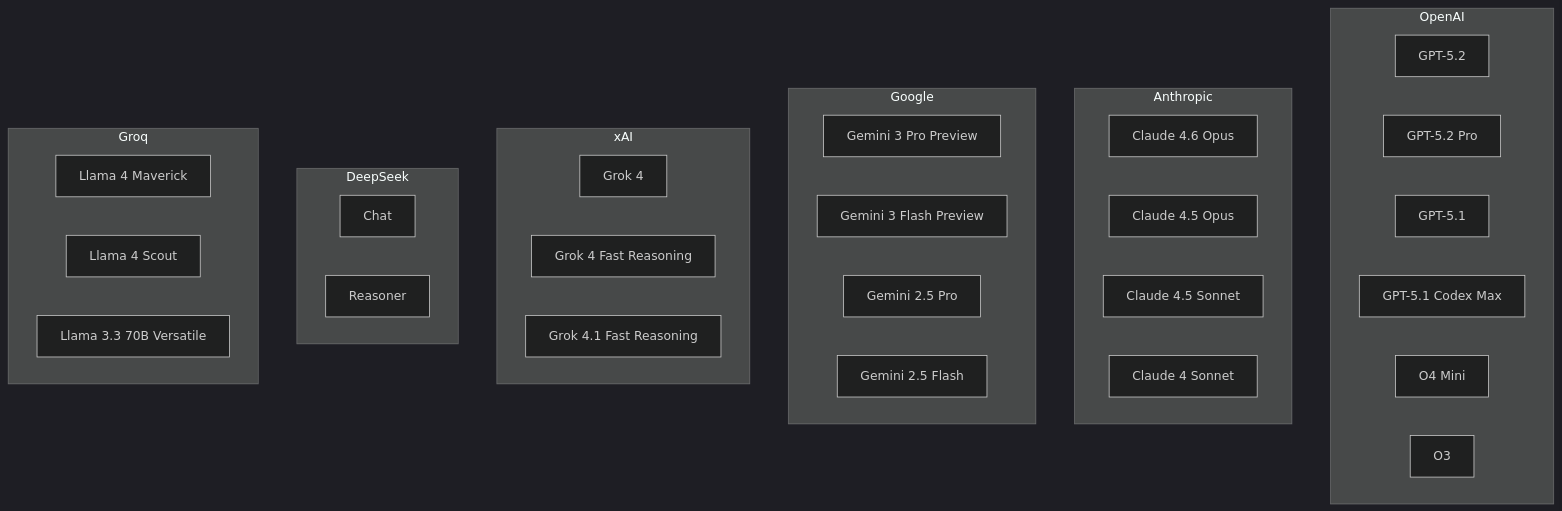
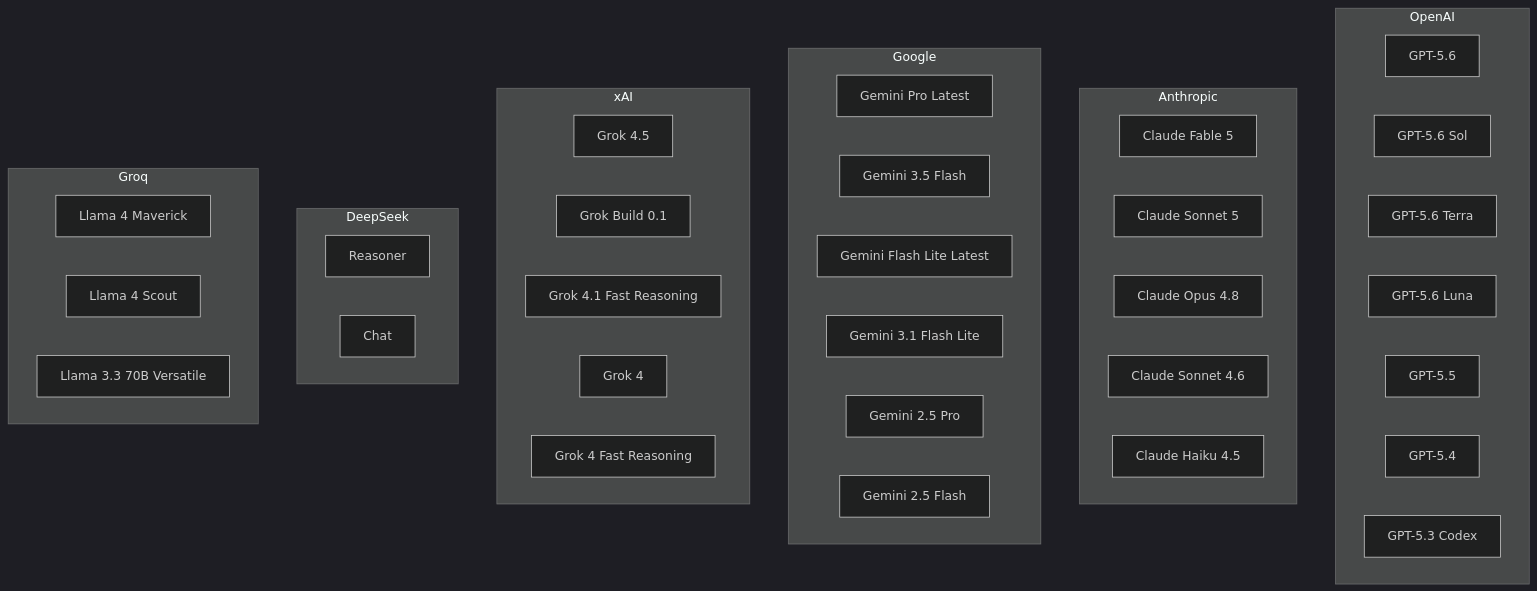
The fifth of 7 diagrams in src/LlmTornado.Cli.Core/docs/08-provider-detection.md (lofcz/LlmTornado), drawn with Mermaid (dark theme) before and after one commit. The commit also changed other lines of this file and 14 other files, not shown here.

````diff
--- a/src/LlmTornado.Cli.Core/docs/08-provider-detection.md
+++ b/src/LlmTornado.Cli.Core/docs/08-provider-detection.md
@@ -115,42 +115,48 @@
 ```mermaid
 graph TD
     subgraph "OpenAI"
-        OA1["GPT-5.2"]
-        OA2["GPT-5.2 Pro"]
-        OA3["GPT-5.1"]
-        OA4["GPT-5.1 Codex Max"]
-        OA5["O4 Mini"]
-        OA6["O3"]
+        OA1["GPT-5.6"]
+        OA2["GPT-5.6 Sol"]
+        OA3["GPT-5.6 Terra"]
+        OA4["GPT-5.6 Luna"]
+        OA5["GPT-5.5"]
+        OA6["GPT-5.4"]
+        OA7["GPT-5.3 Codex"]
     end
 
     subgraph "Anthropic"
-        AN1["Claude 4.6 Opus"]
-        AN2["Claude 4.5 Opus"]
-        AN3["Claude 4.5 Sonnet"]
-        AN4["Claude 4 Sonnet"]
+        AN1["Claude Fable 5"]
+        AN2["Claude Sonnet 5"]
+        AN3["Claude Opus 4.8"]
+        AN4["Claude Sonnet 4.6"]
+        AN5["Claude Haiku 4.5"]
     end
 
     subgraph "Google"
-        GO1["Gemini 3 Pro Preview"]
-        GO2["Gemini 3 Flash Preview"]
-        GO3["Gemini 2.5 Pro"]
-        GO4["Gemini 2.5 Flash"]
+        GO1["Gemini Pro Latest"]
+        GO2["Gemini 3.5 Flash"]
+        GO3["Gemini Flash Lite Latest"]
+        GO4["Gemini 3.1 Flash Lite"]
+        GO5["Gemini 2.5 Pro"]
+        GO6["Gemini 2.5 Flash"]
     end
 
     subgraph "xAI"
-        XA1["Grok 4"]
-        XA2["Grok 4 Fast Reasoning"]
+        XA1["Grok 4.5"]
+        XA2["Grok Build 0.1"]
         XA3["Grok 4.1 Fast Reasoning"]
+        XA4["Grok 4"]
+        XA5["Grok 4 Fast Reasoning"]
     end
 
     subgraph "DeepSeek"
-        DS1["Chat"]
-        DS2["Reasoner"]
+        DS1["Reasoner"]
+        DS2["Chat"]
     end
 
     subgraph "Groq"
         GR1["Llama 4 Maverick"]
         GR2["Llama 4 Scout"]
         GR3["Llama 3.3 70B Versatile"]
     end
 ```
````
